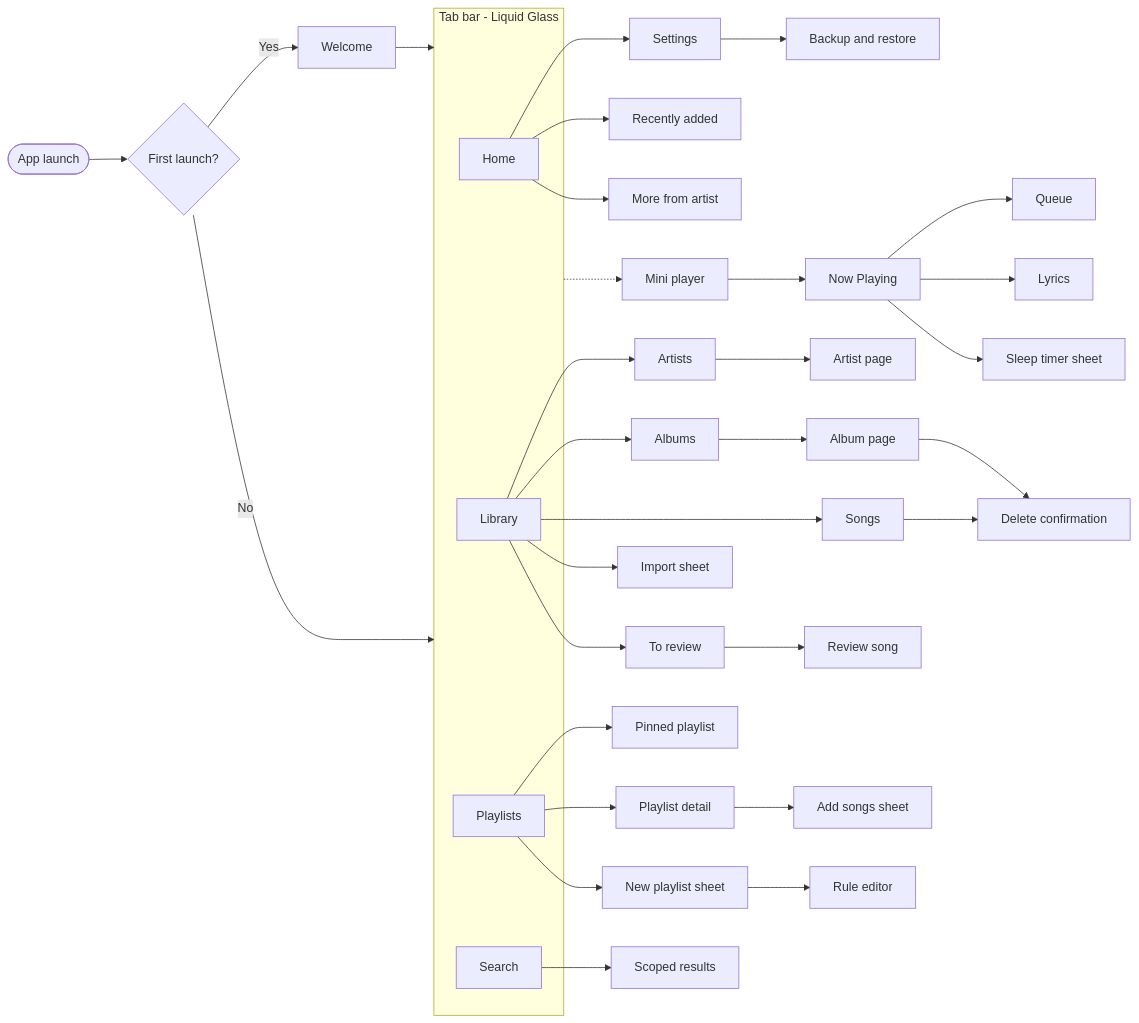
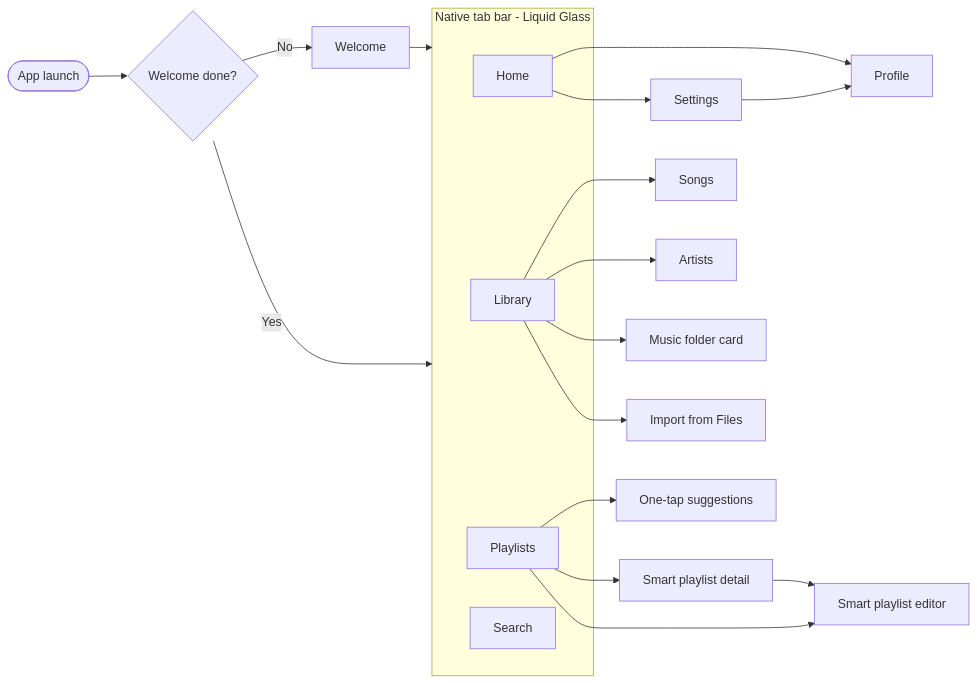
The first of 6 diagrams in docs/USER_FLOWS.md (sabrinasalomon/CoryMusic), drawn with Mermaid before and after one commit. The commit also changed other lines of this file and 68 other files, not shown here.

````diff
--- a/docs/USER_FLOWS.md
+++ b/docs/USER_FLOWS.md
@@ -7,45 +7,28 @@
 ```mermaid
 flowchart LR
-    Launch([App launch]) --> First{First launch?}
-    First -- Yes --> Welcome[Welcome]
+    Launch([App launch]) --> First{Welcome done?}
+    First -- No --> Welcome[Welcome]
     Welcome --> Tabs
-    First -- No --> Tabs
+    First -- Yes --> Tabs
 
-    subgraph Tabs["Tab bar - Liquid Glass"]
+    subgraph Tabs["Native tab bar - Liquid Glass"]
         T1[Home]
         T2[Library]
         T3[Playlists]
         T4[Search]
     end
 
+    T1 --> Profile[Profile]
     T1 --> Settings[Settings]
-    T1 --> Recent[Recently added]
-    T1 --> MoreFrom[More from artist]
+    Settings --> Profile
 
+    T2 --> Songs[Songs]
     T2 --> Artists[Artists]
-    T2 --> Albums[Albums]
-    T2 --> Songs[Songs]
-    T2 --> Import[Import sheet]
-    T2 --> Review[To review]
-    Artists --> ArtistPage[Artist page]
-    Albums --> AlbumPage[Album page]
-    AlbumPage --> Delete[Delete confirmation]
-    Songs --> Delete
-    Review --> EditSong[Review song]
+    T2 --> Folder[Music folder card]
+    T2 --> Import[Import from Files]
 
-    T3 --> Pinned[Pinned playlist]
-    T3 --> Detail[Playlist detail]
-    T3 --> Create[New playlist sheet]
-    Detail --> AddSongs[Add songs sheet]
-    Create --> RuleEditor[Rule editor]
-
-    T4 --> Results[Scoped results]
-
-    Settings --> Backup[Backup and restore]
-
-    Tabs -.-> Mini[Mini player]
-    Mini --> NowPlaying[Now Playing]
-    NowPlaying --> Queue[Queue]
-    NowPlaying --> Lyrics[Lyrics]
-    NowPlaying --> Timer[Sleep timer sheet]
+    T3 --> Suggestions[One-tap suggestions]
+    T3 --> Detail[Smart playlist detail]
+    T3 --> Editor[Smart playlist editor]
+    Detail --> Editor
 ```
````
